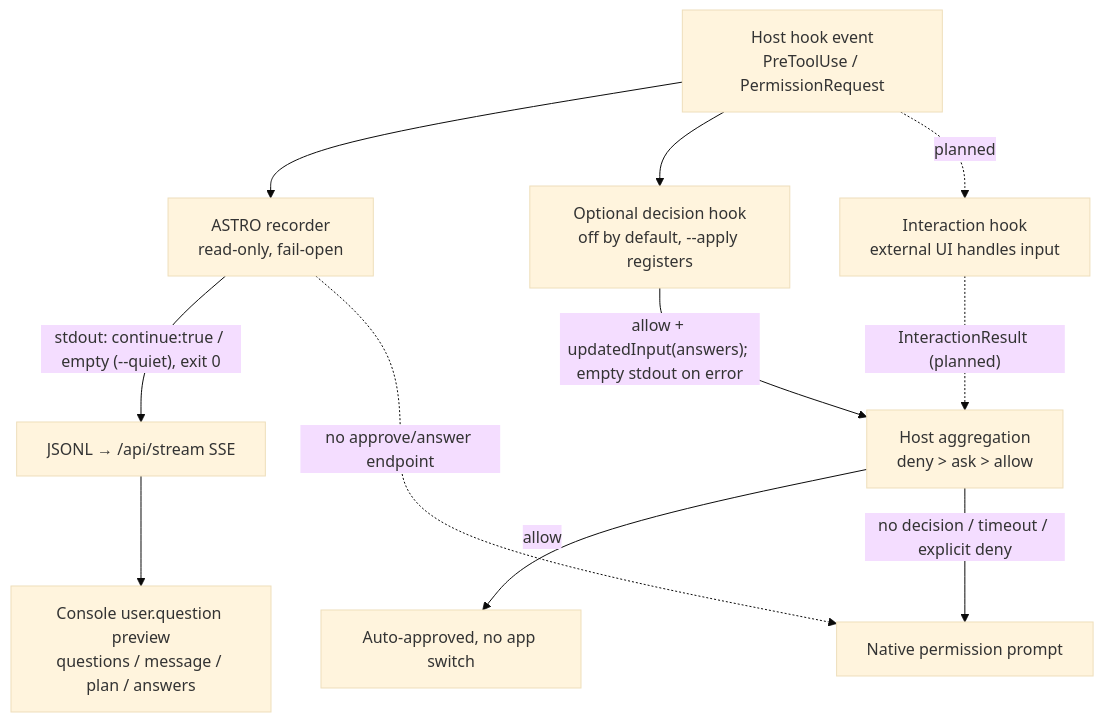
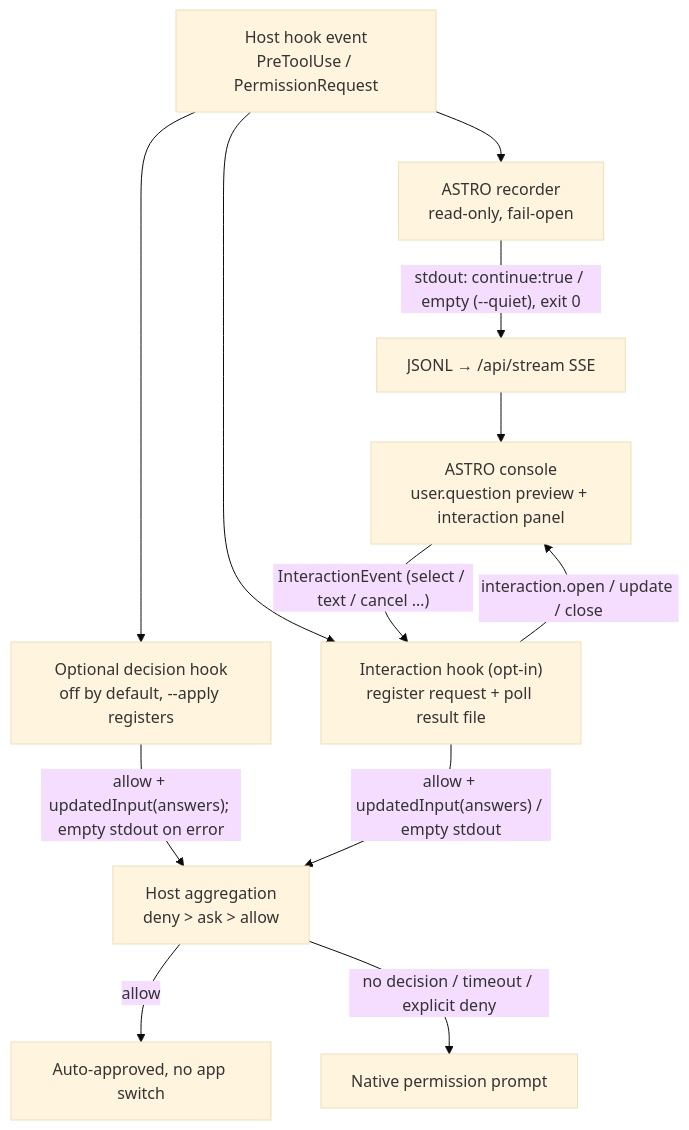
Before and after one commit to chaos-design/astro: the first of 2 diagrams in docs/interaction-hooks-en.md, drawn with Mermaid (base theme). The commit also changed other lines of this file and 40 other files, not shown here.

First line of the commit message:
feat(interaction): add AskUserQuestion console answer bridge

````diff
--- a/docs/interaction-hooks-en.md
+++ b/docs/interaction-hooks-en.md
@@ -35,13 +36,14 @@
 ```mermaid
 flowchart TB
   H["Host hook event<br/>PreToolUse / PermissionRequest"] --> O["ASTRO recorder<br/>read-only, fail-open"]
   H --> D["Optional decision hook<br/>off by default, --apply registers"]
-  H -.->|planned| I["Interaction hook<br/>external UI handles input"]
+  H --> I["Interaction hook (opt-in)<br/>register request + poll result file"]
   O -->|"stdout: continue:true / empty (--quiet), exit 0"| J["JSONL → /api/stream SSE"]
-  J --> U["Console user.question preview<br/>questions / message / plan / answers"]
+  J --> U["ASTRO console<br/>user.question preview + interaction panel"]
   D -->|"allow + updatedInput(answers); empty stdout on error"| AGG["Host aggregation<br/>deny &gt; ask &gt; allow"]
-  I -.->|"InteractionResult (planned)"| AGG
+  I -->|"allow + updatedInput(answers) / empty stdout"| AGG
+  I -->|"interaction.open / update / close"| U
+  U -->|"InteractionEvent (select / text / cancel …)"| I
   AGG -->|allow| GO["Auto-approved, no app switch"]
   AGG -->|"no decision / timeout / explicit deny"| PROMPT["Native permission prompt"]
-  O -.->|"no approve/answer endpoint"| PROMPT
 ```
````
